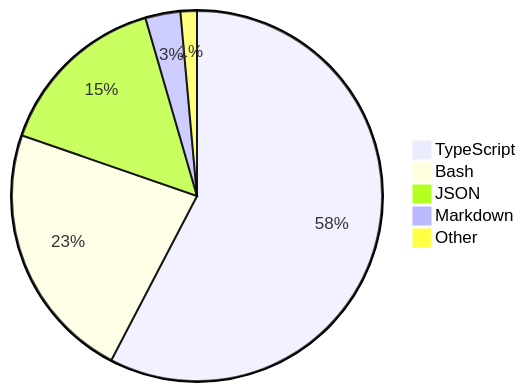
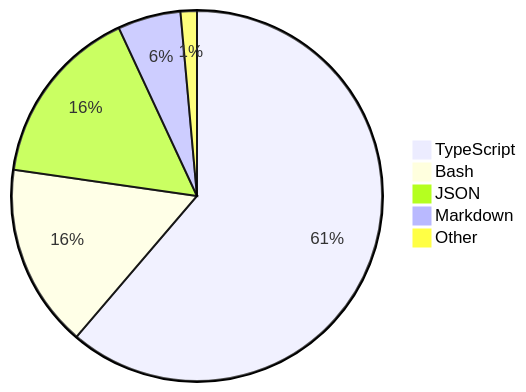
Before and after one commit to skvggor/skvggor: the diagram in README.md, drawn with Mermaid.

Commit message:
Updated waka-readme graph with new metrics

````diff
--- a/README.md
+++ b/README.md
@@ -28,8 +28,8 @@
 ```mermaid
 pie
-    "TypeScript" : 56.5
-    "Bash" : 22.2
-    "JSON" : 14.9
-    "Markdown" : 3.0
+    "TypeScript" : 60.1
+    "Bash" : 15.7
+    "JSON" : 15.5
+    "Markdown" : 5.4
     "Other" : 1.4
 ```
````
